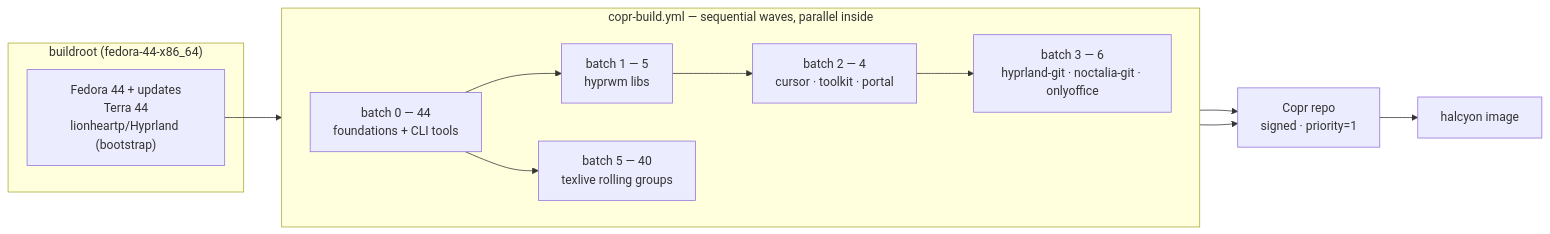
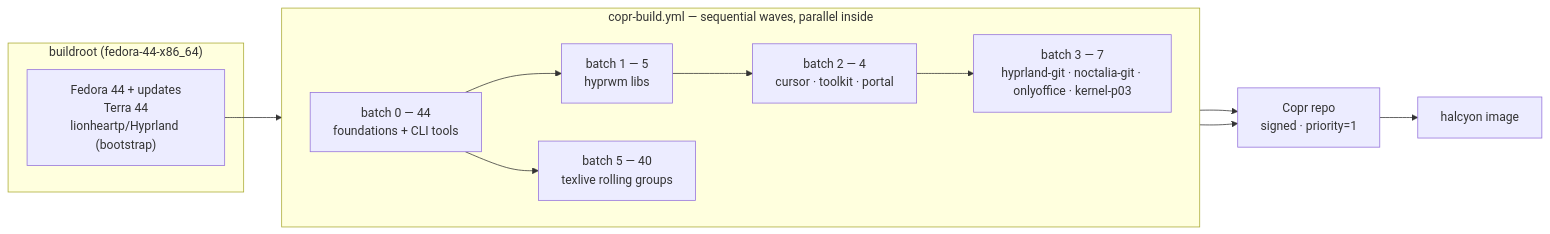
The first of 2 diagrams in README.md (aahsnr-work/halcyon-packages), drawn with Mermaid before and after one commit. The commit also changed other lines of this file and 4 other files, not shown here.

````diff
--- a/README.md
+++ b/README.md
@@ -46,20 +46,20 @@
 ```mermaid
 flowchart LR
     subgraph buildroot["buildroot (fedora-44-x86_64)"]
         EXT["Fedora 44 + updates<br/>Terra 44<br/>lionheartp/Hyprland (bootstrap)"]
     end
     subgraph waves["copr-build.yml — sequential waves, parallel inside"]
         direction LR
         B0["batch 0 — 44<br/>foundations + CLI tools"]
         B1["batch 1 — 5<br/>hyprwm libs"]
         B2["batch 2 — 4<br/>cursor · toolkit · portal"]
-        B3["batch 3 — 6<br/>hyprland-git · noctalia-git · onlyoffice"]
+        B3["batch 3 — 7<br/>hyprland-git · noctalia-git · onlyoffice · kernel-p03"]
         B5["batch 5 — 40<br/>texlive rolling groups"]
     end
     EXT --> B0
     B0 --> B1 --> B2 --> B3
     B0 --> B5
     B3 --> REPO["Copr repo<br/>signed · priority=1"]
     B5 --> REPO
     REPO --> IMG["halcyon image"]
 ```
````
